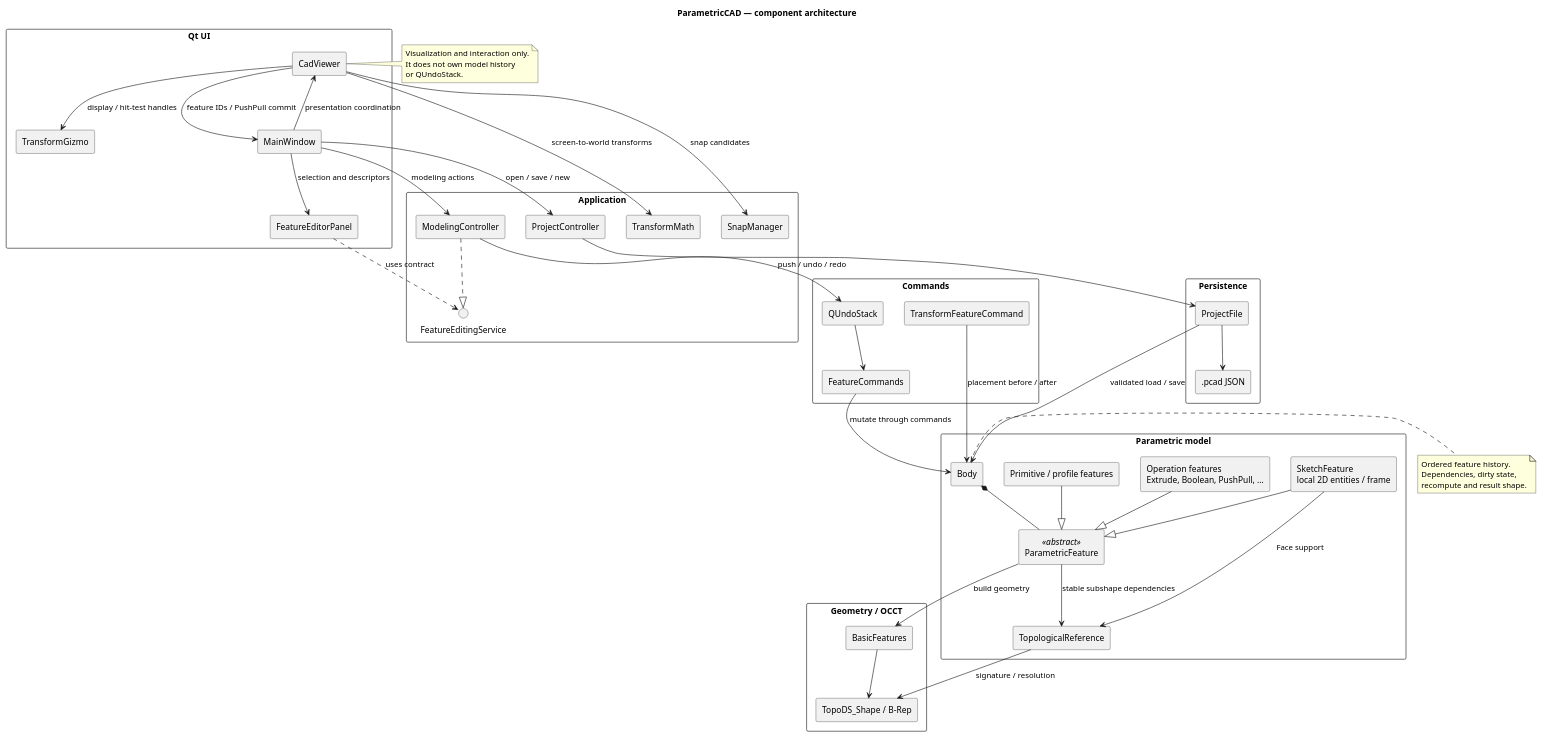
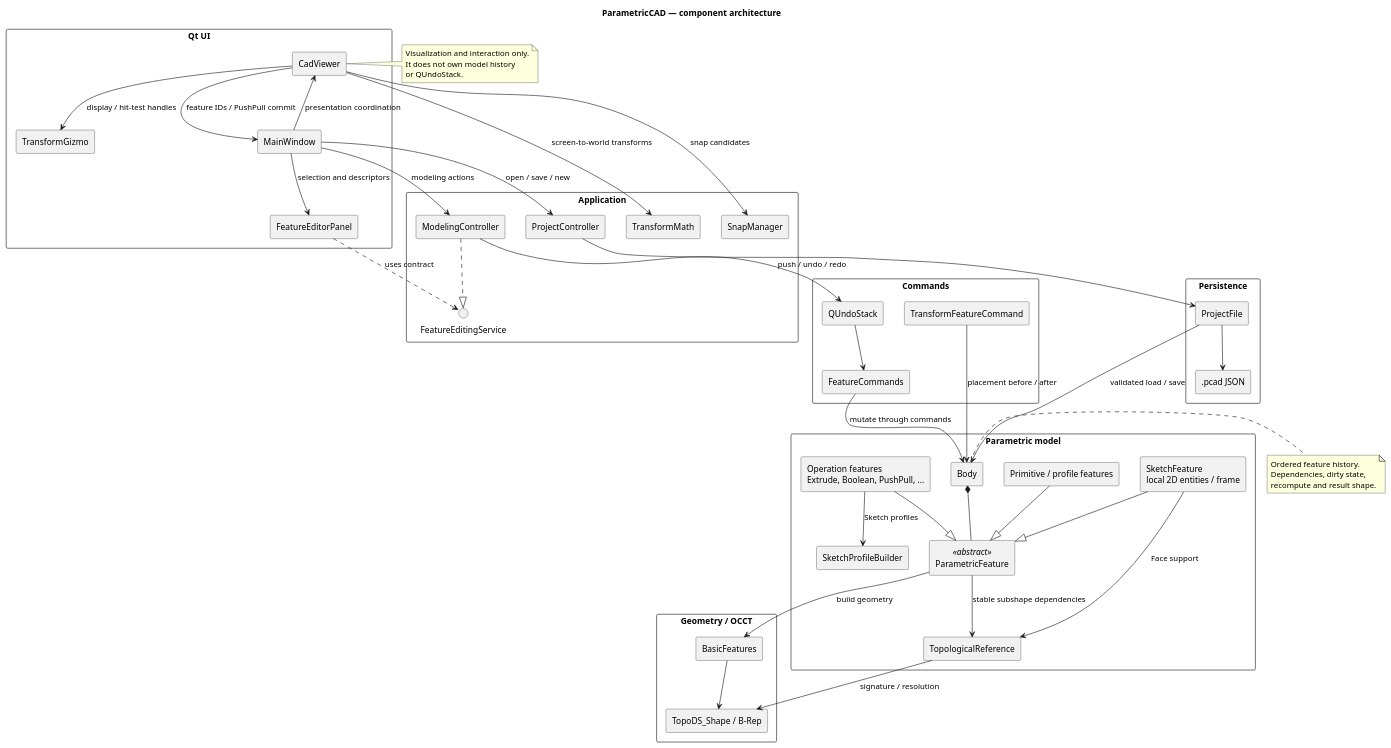
Before and after one commit to coltrack-dev/ParametricCAD: the diagram in docs/diagrams/architecture-overview.puml, drawn with PlantUML. The commit also changed 11 other files, not shown here.

```diff
--- a/docs/diagrams/architecture-overview.puml
+++ b/docs/diagrams/architecture-overview.puml
@@ -1,93 +1,95 @@
 @startuml
 title ParametricCAD — component architecture
 
 skinparam componentStyle rectangle
 skinparam packageStyle rectangle
 skinparam shadowing false
 
 package "Qt UI" {
     component MainWindow
     component FeatureEditorPanel
     component CadViewer
     component TransformGizmo
 }
 
 package "Application" {
     component ModelingController
     component ProjectController
     component SnapManager
     component TransformMath
     interface FeatureEditingService
 }
 
 package "Commands" {
     component QUndoStack
     component FeatureCommands
     component TransformFeatureCommand
 }
 
 package "Parametric model" {
     component Body
     component ParametricFeature <<abstract>>
     component TopologicalReference
     component "SketchFeature\nlocal 2D entities / frame" as SketchFeature
     component "Primitive / profile features" as PrimitiveFeatures
     component "Operation features\nExtrude, Boolean, PushPull, ..." as OperationFeatures
+    component SketchProfileBuilder
 }
 
 package "Geometry / OCCT" {
     component BasicFeatures
     component "TopoDS_Shape / B-Rep" as BRep
 }
 
 package "Persistence" {
     component ProjectFile
     component ".pcad JSON" as Pcad
 }
 
 MainWindow --> ModelingController : modeling actions
 MainWindow --> ProjectController : open / save / new
 MainWindow --> FeatureEditorPanel : selection and descriptors
 MainWindow --> CadViewer : presentation coordination
 
 FeatureEditorPanel ..> FeatureEditingService : uses contract
 ModelingController ..|> FeatureEditingService
 
 CadViewer --> MainWindow : feature IDs / PushPull commit
 CadViewer --> TransformGizmo : display / hit-test handles
 CadViewer --> TransformMath : screen-to-world transforms
 CadViewer --> SnapManager : snap candidates
 
 ModelingController --> QUndoStack : push / undo / redo
 QUndoStack --> FeatureCommands
 FeatureCommands --> Body : mutate through commands
 TransformFeatureCommand --> Body : placement before / after
 
 Body *-- ParametricFeature
 PrimitiveFeatures --|> ParametricFeature
 OperationFeatures --|> ParametricFeature
+OperationFeatures --> SketchProfileBuilder : Sketch profiles
 SketchFeature --|> ParametricFeature
 SketchFeature --> TopologicalReference : Face support
 
 ParametricFeature --> BasicFeatures : build geometry
 ParametricFeature --> TopologicalReference : stable subshape dependencies
 TopologicalReference --> BRep : signature / resolution
 BasicFeatures --> BRep
 
 ProjectController --> ProjectFile
 ProjectFile --> Body : validated load / save
 ProjectFile --> Pcad
 
 note right of CadViewer
   Visualization and interaction only.
   It does not own model history
   or QUndoStack.
 end note
 
 note right of Body
   Ordered feature history.
   Dependencies, dirty state,
   recompute and result shape.
 end note
 
 @enduml
```
